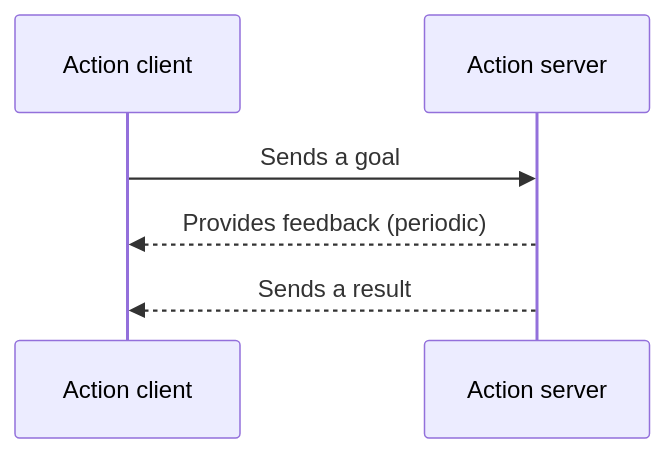
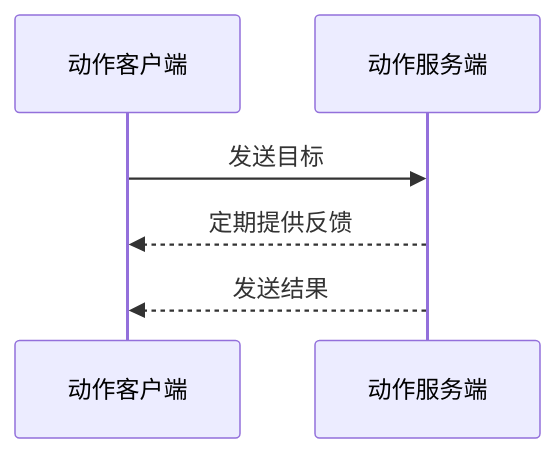
Before and after one commit to pixmoving-kit/ros2_documentation: the third of 3 diagrams in source/Concepts/Basic/Interfaces-Topics-Services-Actions.md, drawn with Mermaid. The commit also changed other lines of this file and 309 other files, not shown here.

````diff
--- a/source/Concepts/Basic/Interfaces-Topics-Services-Actions.md
+++ b/source/Concepts/Basic/Interfaces-Topics-Services-Actions.md
@@ -105,10 +84,8 @@
-``` mermaid
-
-        sequenceDiagram
- participant c as Action client
- participant s as Action server
- c->>s: Sends a goal
- s-->>c: Provides feedback (periodic)
- s-->>c: Sends a result
-    
+```mermaid
+sequenceDiagram
+ participant c as 动作客户端
+ participant s as 动作服务端
+ c->>s: 发送目标
+ s-->>c: 定期提供反馈
+ s-->>c: 发送结果
 ```
````
